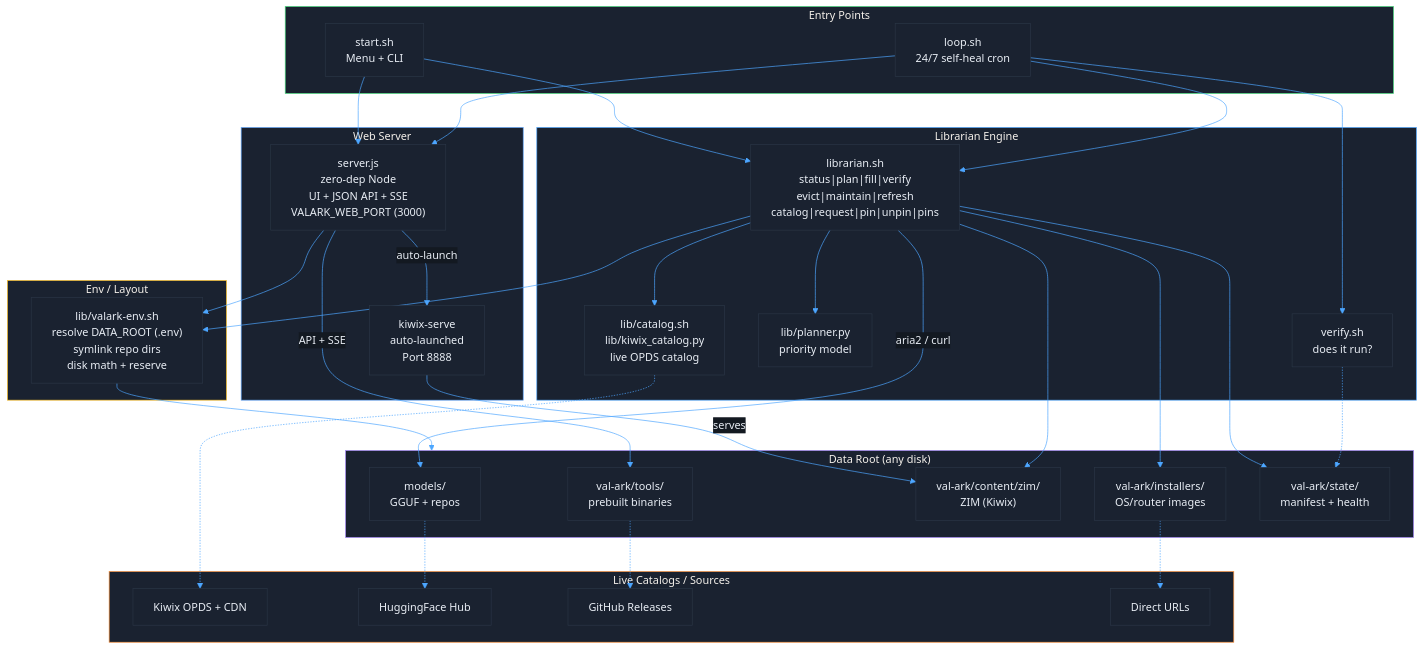
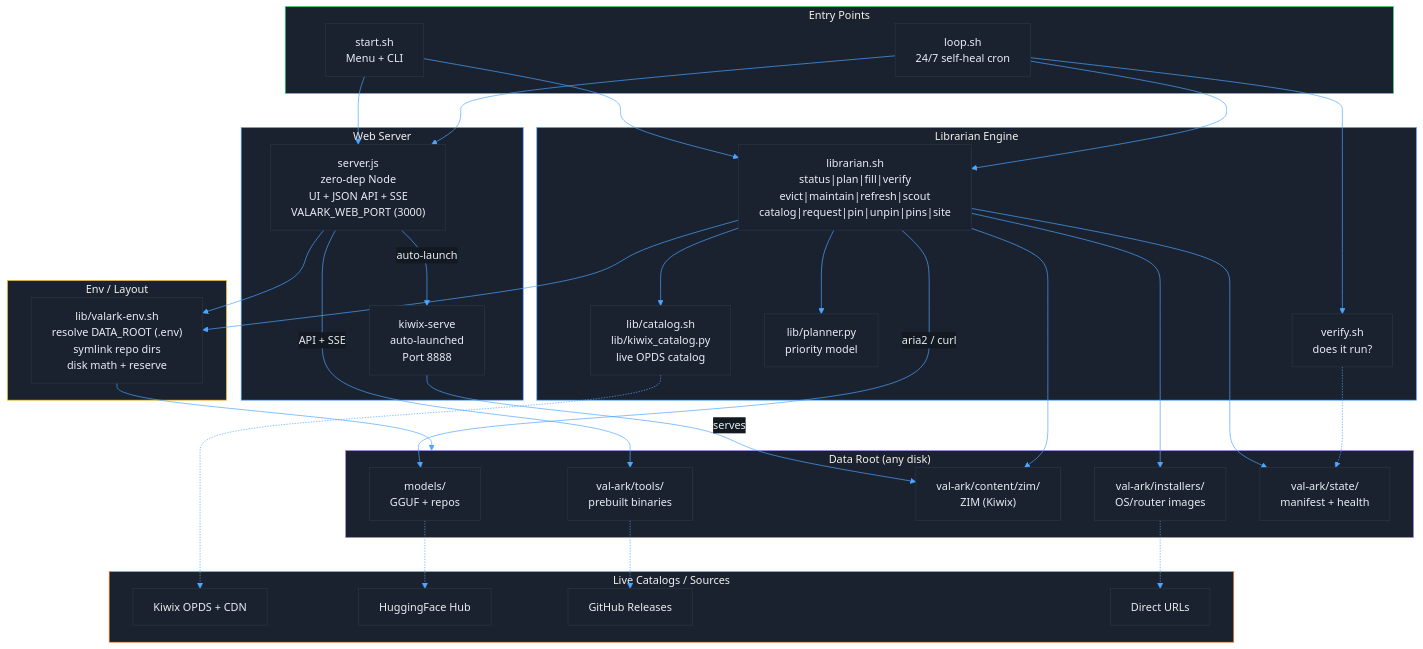
Before and after one commit to mvalancy/val-ark: the first of 6 diagrams in docs/ARCHITECTURE.md, drawn with Mermaid. The commit also changed 6 other files, not shown here.

First line of the commit message:
static site + scout: gate-2 fixes for 0.1.27 (#267)

````diff
--- a/docs/ARCHITECTURE.md
+++ b/docs/ARCHITECTURE.md
@@ -29,78 +29,78 @@
 ```mermaid
 %%{init: {'theme': 'base', 'themeVariables': {
   'primaryColor': '#1a2230',
   'primaryBorderColor': '#2a3545',
   'primaryTextColor': '#e8edf4',
   'lineColor': '#4da6ff',
   'secondaryColor': '#131921',
   'tertiaryColor': '#0a0e14'
 }}}%%
 graph TB
     subgraph Entry["Entry Points"]
         style Entry fill:#1a2230,stroke:#4ade80
         START["start.sh<br/>Menu + CLI"]
         LOOP["loop.sh<br/>24/7 self-heal cron"]
     end
 
     subgraph WebServer["Web Server"]
         style WebServer fill:#1a2230,stroke:#60a5fa
         SERVER["server.js<br/>zero-dep Node<br/>UI + JSON API + SSE<br/>VALARK_WEB_PORT (3000)"]
         KIWIX["kiwix-serve<br/>auto-launched<br/>Port 8888"]
     end
 
     subgraph Engine["Librarian Engine"]
         style Engine fill:#1a2230,stroke:#4da6ff
-        LIB["librarian.sh<br/>status|plan|fill|verify<br/>evict|maintain|refresh<br/>catalog|request|pin|unpin|pins"]
+        LIB["librarian.sh<br/>status|plan|fill|verify<br/>evict|maintain|refresh|scout<br/>catalog|request|pin|unpin|pins|site"]
         CAT["lib/catalog.sh<br/>lib/kiwix_catalog.py<br/>live OPDS catalog"]
         PLAN["lib/planner.py<br/>priority model"]
         VERIFY["verify.sh<br/>does it run?"]
     end
 
     subgraph EnvLayer["Env / Layout"]
         style EnvLayer fill:#1a2230,stroke:#fbbf24
         ENV["lib/valark-env.sh<br/>resolve DATA_ROOT (.env)<br/>symlink repo dirs<br/>disk math + reserve"]
     end
 
     subgraph Storage["Data Root (any disk)"]
         style Storage fill:#1a2230,stroke:#a78bfa
         MODELS["models/<br/>GGUF + repos"]
         TOOLS["val-ark/tools/<br/>prebuilt binaries"]
         CONTENT["val-ark/content/zim/<br/>ZIM (Kiwix)"]
         INSTALLERS["val-ark/installers/<br/>OS/router images"]
         STATE["val-ark/state/<br/>manifest + health"]
     end
 
     subgraph External["Live Catalogs / Sources"]
         style External fill:#1a2230,stroke:#fb923c
         KIWIXCDN["Kiwix OPDS + CDN"]
         HF["HuggingFace Hub"]
         GITHUB["GitHub Releases"]
         DIRECT["Direct URLs"]
     end
 
     START --> LIB
     START --> SERVER
     LOOP --> LIB
     LOOP --> VERIFY
     LOOP --> SERVER
 
     SERVER --> ENV
     LIB --> ENV
     LIB --> CAT
     LIB --> PLAN
     CAT -.-> KIWIXCDN
     ENV --> Storage
 
     SERVER -->|API + SSE| TOOLS
     SERVER -->|auto-launch| KIWIX
     KIWIX -->|serves| CONTENT
 
     LIB -->|aria2 / curl| MODELS
     LIB --> CONTENT
     LIB --> INSTALLERS
     LIB --> STATE
     MODELS -.-> HF
     TOOLS -.-> GITHUB
     INSTALLERS -.-> DIRECT
     VERIFY -.-> STATE
 ```
````
